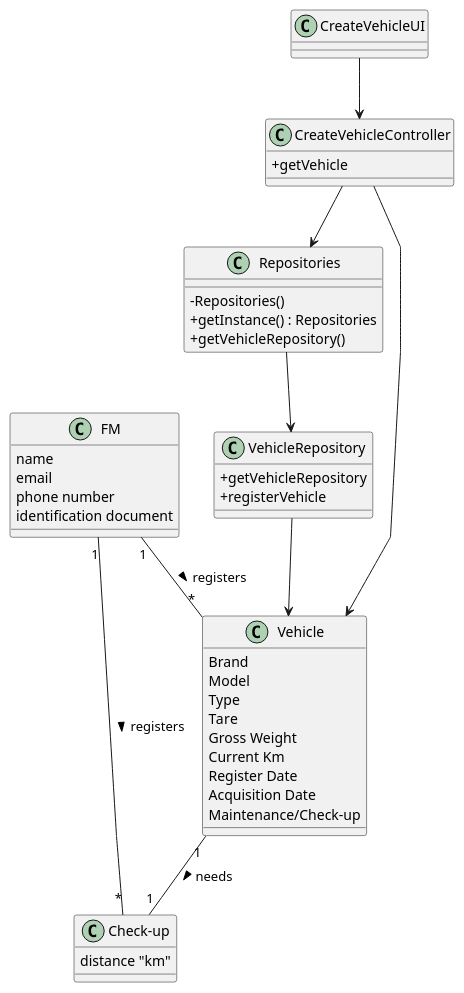
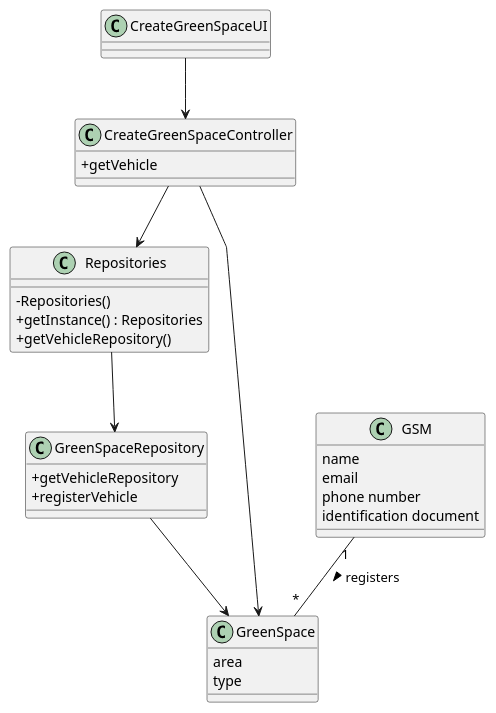
One commit to Departamento-de-Engenharia-Informatica/lei-24-s2-1dl-g121 changed the diagram in docs/sprintC/us020/03.design/puml/us020-class-diagram.puml. Above: the diagram before and after it, drawn with PlantUML. The commit also changed 1 other file, not shown here.

Commit message:
class diagram us020

```diff
--- a/docs/sprintC/us020/03.design/puml/us020-class-diagram.puml
+++ b/docs/sprintC/us020/03.design/puml/us020-class-diagram.puml
@@ -1,67 +1,56 @@
 @startuml
 'skinparam monochrome true
 skinparam packageStyle rectangle
 skinparam shadowing false
 skinparam linetype polyline
 'skinparam linetype orto
 
 skinparam classAttributeIconSize 0
 
 'left to right direction
 
 ' vehicle Repository !!!1
-class VehicleRepository{
+class GreenSpaceRepository{
     +getVehicleRepository
     +registerVehicle
 }
 
-class CreateVehicleUI{
+class CreateGreenSpaceUI{
 
 }
 
 class Repositories {
     - Repositories()
     + getInstance() : Repositories
     + getVehicleRepository()
 }
 
-class CreateVehicleController{
+class CreateGreenSpaceController{
     +getVehicle
 
 }
 
-class FM{
+class GSM{
     name
     email
     phone number
     identification document
 }
 
 
-class Vehicle{
-    Brand
-    Model
-    Type
-    Tare
-    Gross Weight
-    Current Km
-    Register Date
-    Acquisition Date
-    Maintenance/Check-up
+class GreenSpace{
+    area
+    type
 }
 
-class Check-up{
-    distance "km"
-}
 
-CreateVehicleUI --> CreateVehicleController
-Repositories --> VehicleRepository
-CreateVehicleController --> Repositories
-VehicleRepository --> Vehicle
-CreateVehicleController --> Vehicle
-FM "1" -- "*" Vehicle : registers >
-FM "1" -- "*" "Check-up" : registers >
-Vehicle "1" -- "1" "Check-up" : needs >
+
+CreateGreenSpaceUI --> CreateGreenSpaceController
+Repositories --> GreenSpaceRepository
+CreateGreenSpaceController --> Repositories
+GreenSpaceRepository --> GreenSpace
+CreateGreenSpaceController --> GreenSpace
+GSM "1" -- "*" GreenSpace : registers >
 
 
 @enduml
```
